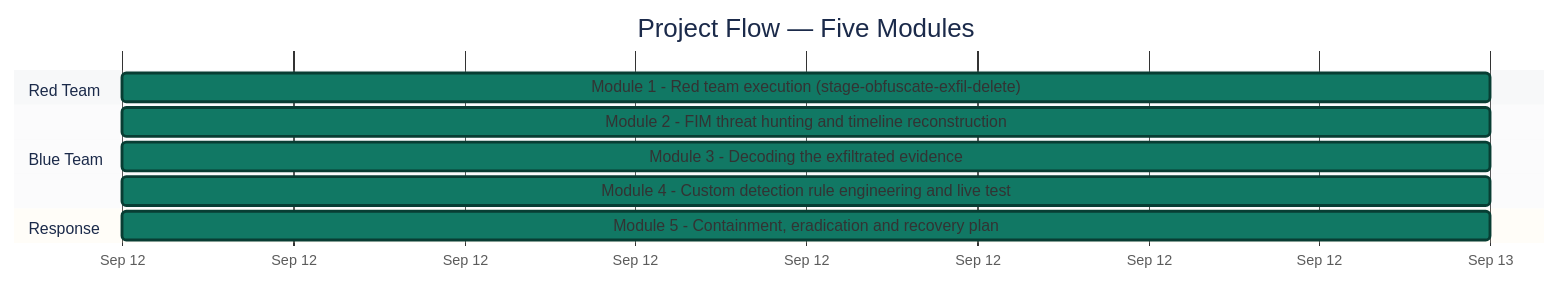
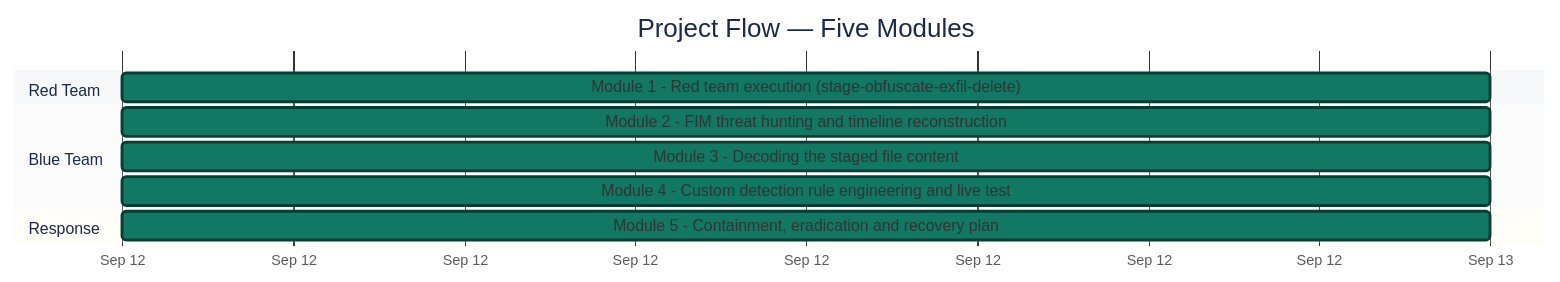
The second of 3 diagrams in 3-Advanced-Cyber-Projects/project-13-soc-redvsblue-capstone/README.md (malaika-azhar/Cybersecurity-Lab-Projects), drawn with Mermaid before and after one commit. The commit also changed other lines of this file, not shown here.

````diff
--- a/3-Advanced-Cyber-Projects/project-13-soc-redvsblue-capstone/README.md
+++ b/3-Advanced-Cyber-Projects/project-13-soc-redvsblue-capstone/README.md
@@ -119,21 +116,21 @@
 ```mermaid
 %%{init: { 'theme': 'base', 'themeVariables': {
   'doneTaskBkgColor':'#117864', 'doneTaskBorderColor':'#083D33',
   'sectionBkgColor':'#D6DBDF', 'altSectionBkgColor':'#EAECEE',
   'taskTextColor':'#FFFFFF', 'taskTextOutsideColor':'#1B2631',
   'taskTextLightColor':'#FFFFFF',
   'titleColor':'#1B2A4A', 'fontSize':'18px'
 }}}%%
 gantt
     title Project Flow — Five Modules
     dateFormat YYYY-MM-DD
     axisFormat %b %d
     section Red Team
     Module 1 - Red team execution (stage-obfuscate-exfil-delete)  :done, 2026-09-12, 1d
     section Blue Team
     Module 2 - FIM threat hunting and timeline reconstruction     :done, 2026-09-12, 1d
-    Module 3 - Decoding the exfiltrated evidence                  :done, 2026-09-12, 1d
+    Module 3 - Decoding the staged file content                    :done, 2026-09-12, 1d
     Module 4 - Custom detection rule engineering and live test    :done, 2026-09-12, 1d
     section Response
     Module 5 - Containment, eradication and recovery plan         :done, 2026-09-12, 1d
 ```
````
